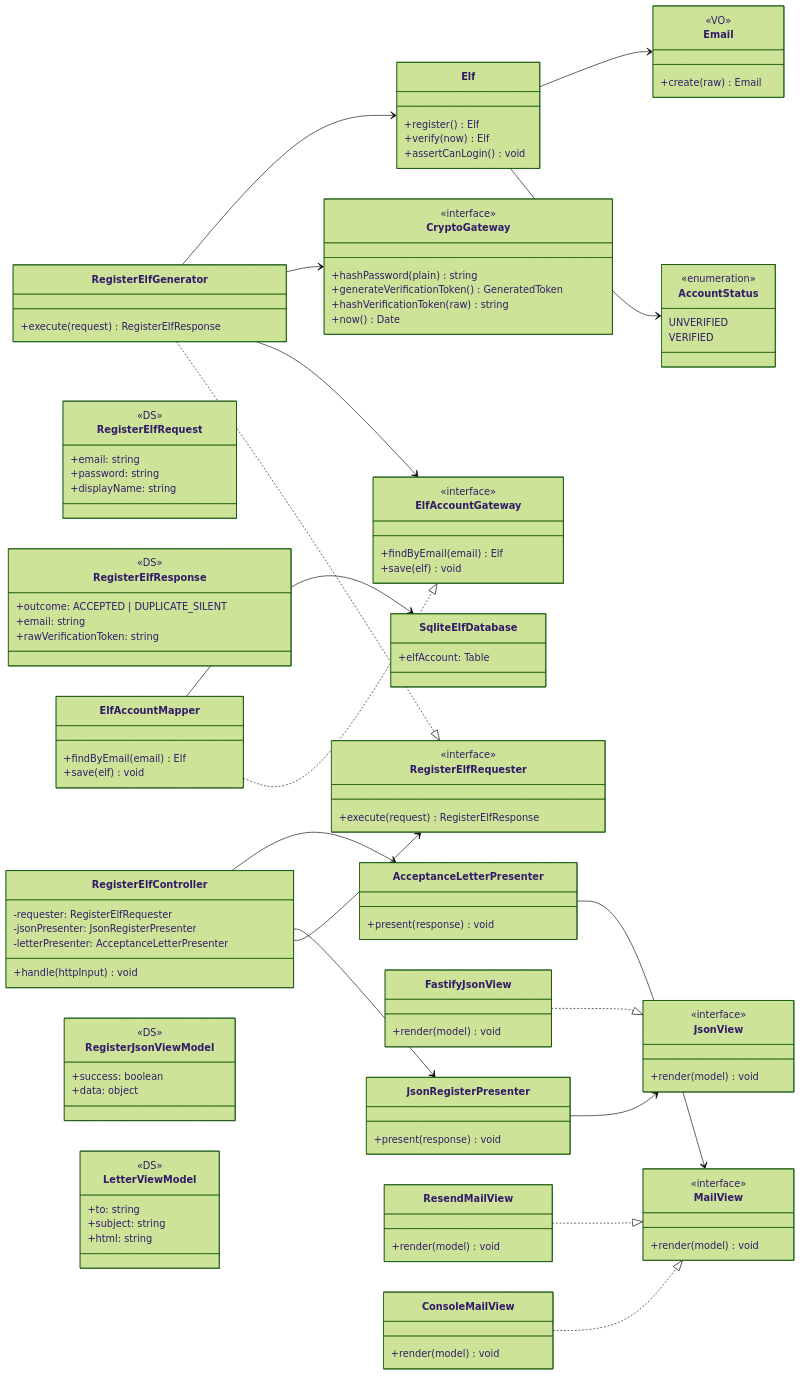
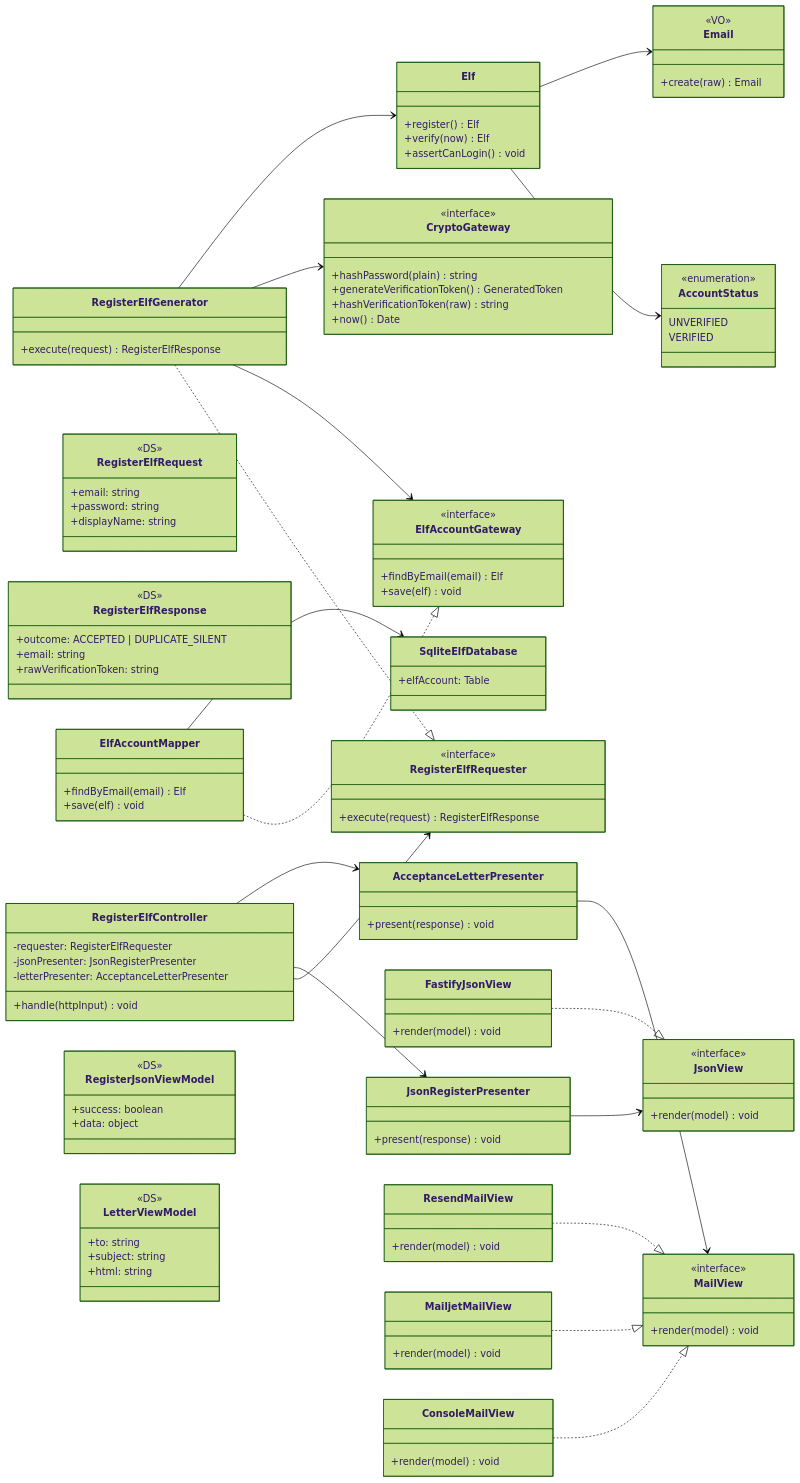
One commit to derekCmorales/santa-alert changed the diagram in docs/class-diagram.md. Above: the diagram before and after it, drawn with Mermaid (forest theme). The commit also changed other lines of this file and 18 other files, not shown here.

First line of the commit message:
feat: add Mailjet as a third MailView without reopening the generator

````diff
--- a/docs/class-diagram.md
+++ b/docs/class-diagram.md
@@ -101,6 +101,9 @@
   class ResendMailView {
     +render(model) void
   }
+  class MailjetMailView {
+    +render(model) void
+  }
   class ConsoleMailView {
     +render(model) void
   }
@@ -120,5 +123,6 @@
   FastifyJsonView ..|> JsonView
   AcceptanceLetterPresenter --> MailView
   ResendMailView ..|> MailView
+  MailjetMailView ..|> MailView
   ConsoleMailView ..|> MailView
 ```
````
